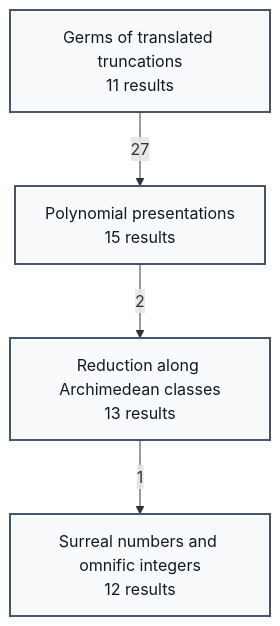
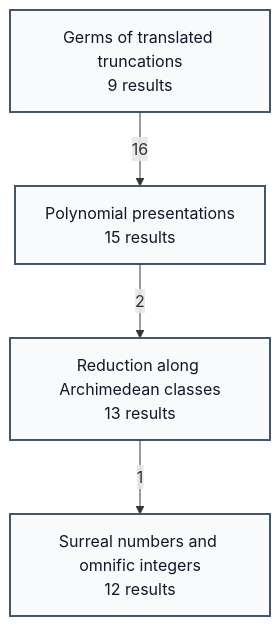
The first of 5 diagrams in README.md (gaearon/conway-refinement), drawn with Mermaid before and after one commit. The commit also changed other lines of this file and 16 other files, not shown here.

````diff
--- a/README.md
+++ b/README.md
@@ -167,18 +167,18 @@
 ```mermaid
 %% Generated by scripts/blueprint.sh; do not edit.
 %% Edge labels count visible result dependencies.
 flowchart TB
-  p0["Germs of translated truncations<br/>11 results"]:::phase
+  p0["Germs of translated truncations<br/>9 results"]:::phase
   p1["Polynomial presentations<br/>15 results"]:::phase
   p2["Reduction along Archimedean classes<br/>13 results"]:::phase
   p3["Surreal numbers and omnific integers<br/>12 results"]:::phase
-  p0 -->|"27"| p1
+  p0 -->|"16"| p1
   p1 -->|"2"| p2
   p2 -->|"1"| p3
   click p0 "https://gaearon.github.io/conway-refinement/#/chapter/germs" "Open Germs of translated truncations"
   click p1 "https://gaearon.github.io/conway-refinement/#/chapter/polynomial-presentations" "Open Polynomial presentations"
   click p2 "https://gaearon.github.io/conway-refinement/#/chapter/archimedean-reduction" "Open Reduction along Archimedean classes"
   click p3 "https://gaearon.github.io/conway-refinement/#/chapter/conway-refinement" "Open Surreal numbers and omnific integers"
 
   classDef phase fill:#f8fafc,stroke:#475569,stroke-width:2px,color:#111827
 ```
````
